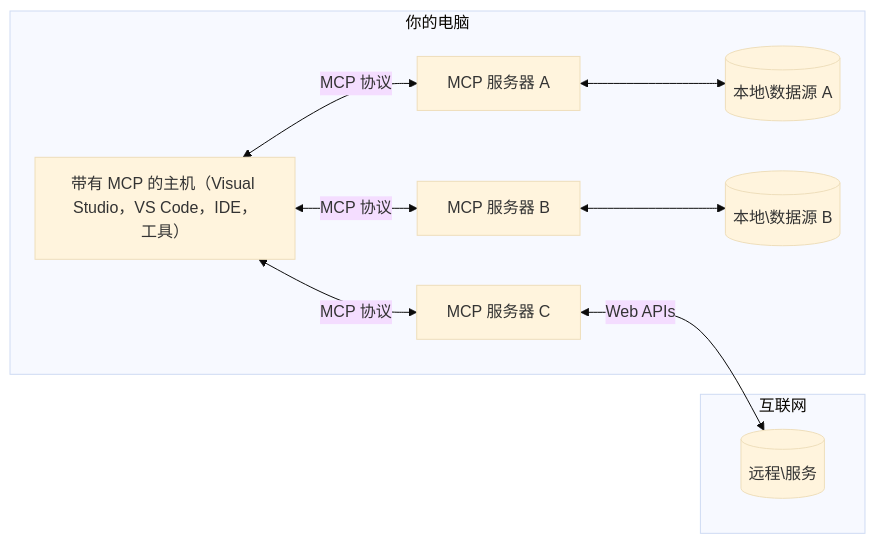
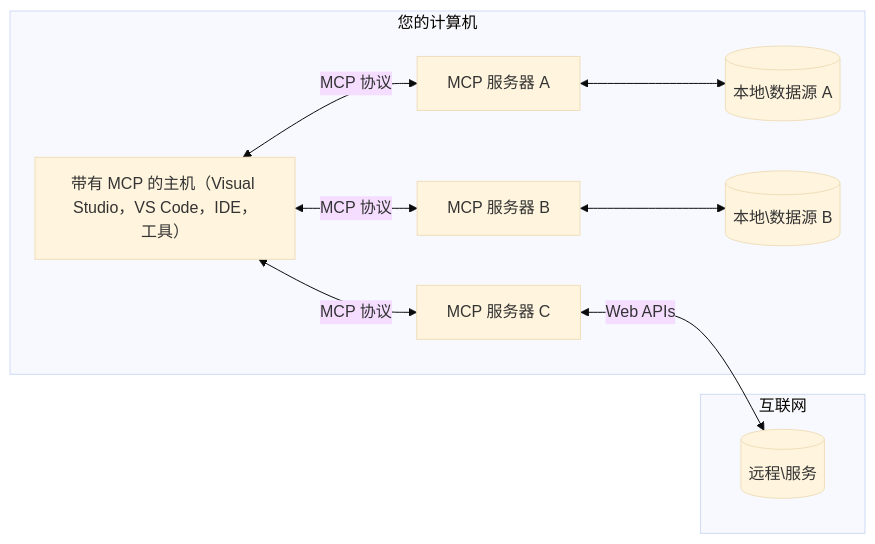
Before and after one commit to Mu-L/mcp-for-beginners: the diagram in translations/zh-CN/01-CoreConcepts/README.md, drawn with Mermaid (base theme). The commit also changed other lines of this file and 110 other files, not shown here.

````diff
--- a/translations/zh-CN/01-CoreConcepts/README.md
+++ b/translations/zh-CN/01-CoreConcepts/README.md
@@ -45,17 +45,17 @@
 ```mermaid
 flowchart LR
-    subgraph "你的电脑"
+    subgraph "您的计算机"
         Host["带有 MCP 的主机（Visual Studio，VS Code，IDE，工具）"]
         S1["MCP 服务器 A"]
         S2["MCP 服务器 B"]
         S3["MCP 服务器 C"]
         Host <-->|"MCP 协议"| S1
         Host <-->|"MCP 协议"| S2
         Host <-->|"MCP 协议"| S3
         S1 <--> D1[("本地\数据源 A")]
         S2 <--> D2[("本地\数据源 B")]
     end
     subgraph "互联网"
         S3 <-->|"Web APIs"| D3[("远程\服务")]
     end
 ```
````
